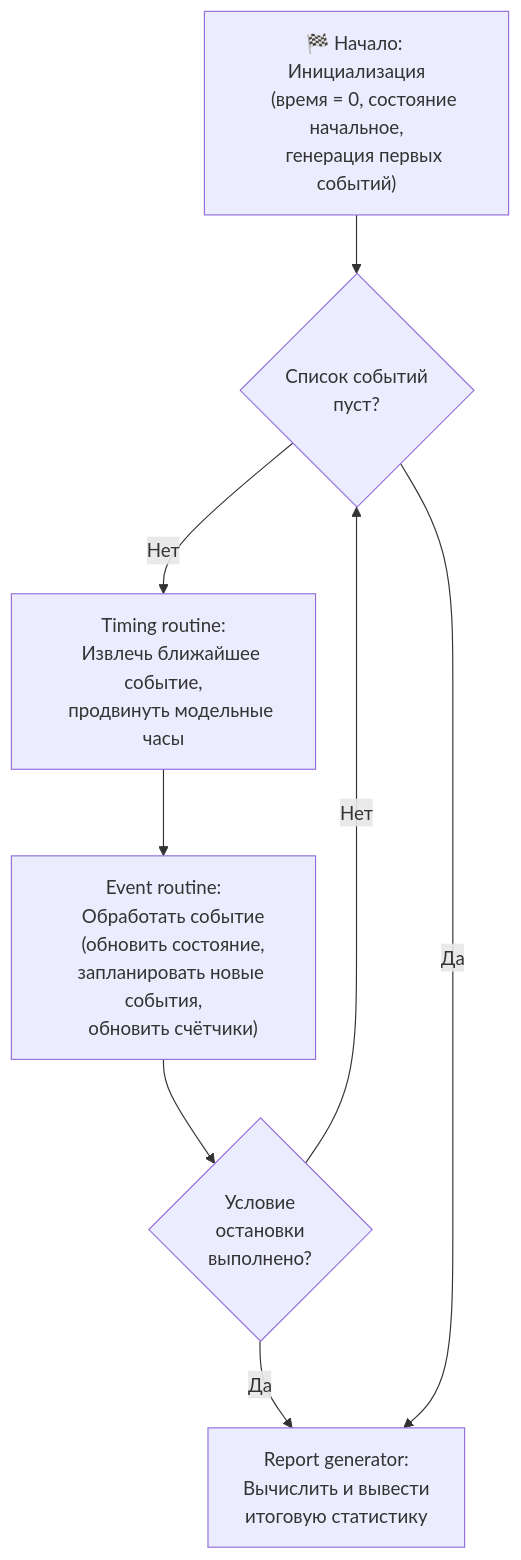
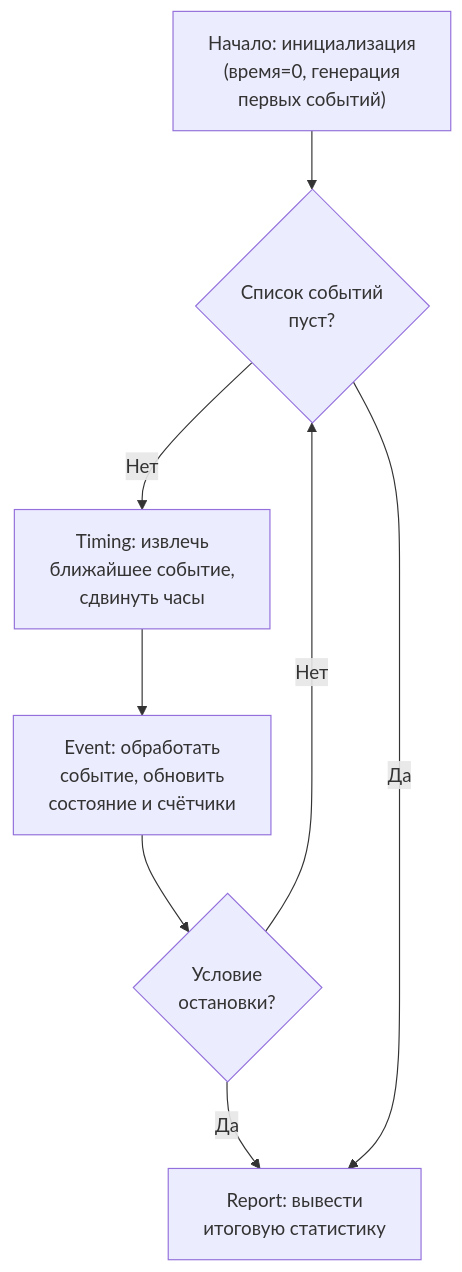
The second of 5 diagrams in docs/04-discrete-event.md (stareeg/simulation-modeling-notes), drawn with Mermaid before and after one commit. The commit also changed other lines of this file and 14 other files, not shown here.

````diff
--- a/docs/04-discrete-event.md
+++ b/docs/04-discrete-event.md
@@ -100,30 +104,17 @@
 ```mermaid
 flowchart TD
-    A["🏁 Начало: Инициализация
-    (время = 0, состояние начальное,
-    генерация первых событий)"]
-    B{"Список событий
-    пуст?"}
-    C["Timing routine:
-    Извлечь ближайшее событие,
-    продвинуть модельные часы"]
-    D["Event routine:
-    Обработать событие
-    (обновить состояние,
-    запланировать новые события,
-    обновить счётчики)"]
-    E{"Условие
-    остановки
-    выполнено?"}
-    F["Report generator:
-    Вычислить и вывести
-    итоговую статистику"]
+    A["Начало: инициализация<br/>(время=0, генерация<br/>первых событий)"]
+    B{"Список событий<br/>пуст?"}
+    C["Timing: извлечь<br/>ближайшее событие,<br/>сдвинуть часы"]
+    D["Event: обработать<br/>событие, обновить<br/>состояние и счётчики"]
+    E{"Условие<br/>остановки?"}
+    F["Report: вывести<br/>итоговую статистику"]
 
     A --> B
     B -- Нет --> C
     C --> D
     D --> E
     E -- Нет --> B
     E -- Да --> F
     B -- Да --> F
 ```
````
